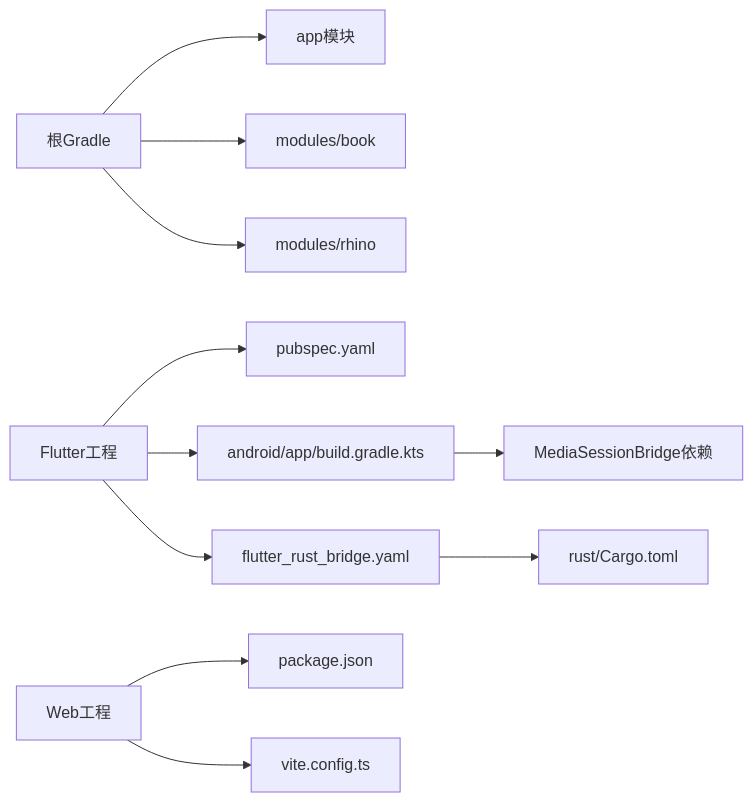
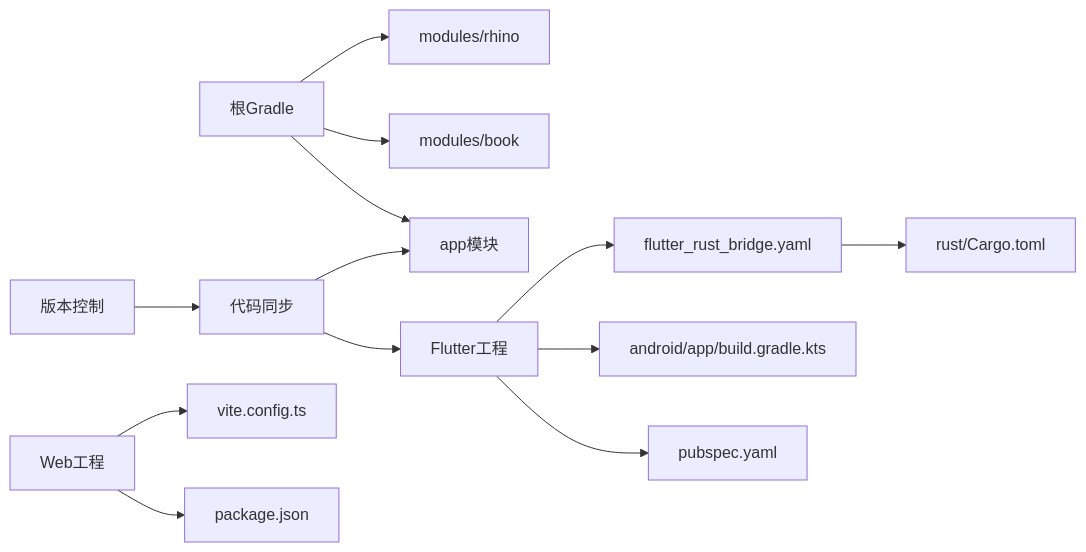
The ninth of 9 diagrams in .qoder/repowiki/zh/content/构建和部署/构建和部署.md (ZhangGHGitHub/LegadoTeamFlutter), drawn with Mermaid before and after one commit. The commit also changed other lines of this file and 68 other files, not shown here.

````diff
--- a/.qoder/repowiki/zh/content/构建和部署/构建和部署.md
+++ b/.qoder/repowiki/zh/content/构建和部署/构建和部署.md
@@ -390,13 +433,15 @@
 ```mermaid
 graph LR
 Root["根Gradle"] --> App["app模块"]
 Root --> ModBook["modules/book"]
 Root --> ModRhino["modules/rhino"]
 Flutter["Flutter工程"] --> Pub["pubspec.yaml"]
 Flutter --> AndGradle["android/app/build.gradle.kts"]
 Flutter --> FRB["flutter_rust_bridge.yaml"]
-AndGradle --> MSB["MediaSessionBridge依赖"]
 FRB --> Cargo["rust/Cargo.toml"]
 Web["Web工程"] --> Pkg["package.json"]
 Web --> Vite["vite.config.ts"]
+VersionControl["版本控制"] --> Sync["代码同步"]
+Sync --> Flutter
+Sync --> App
 ```
````
